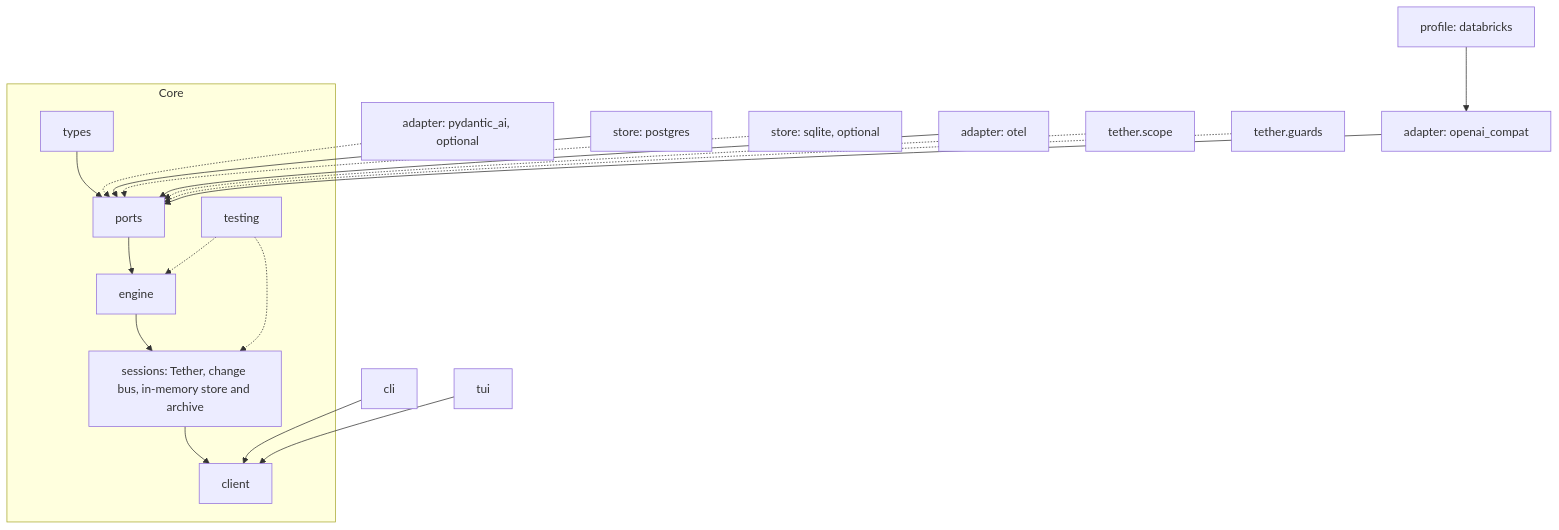
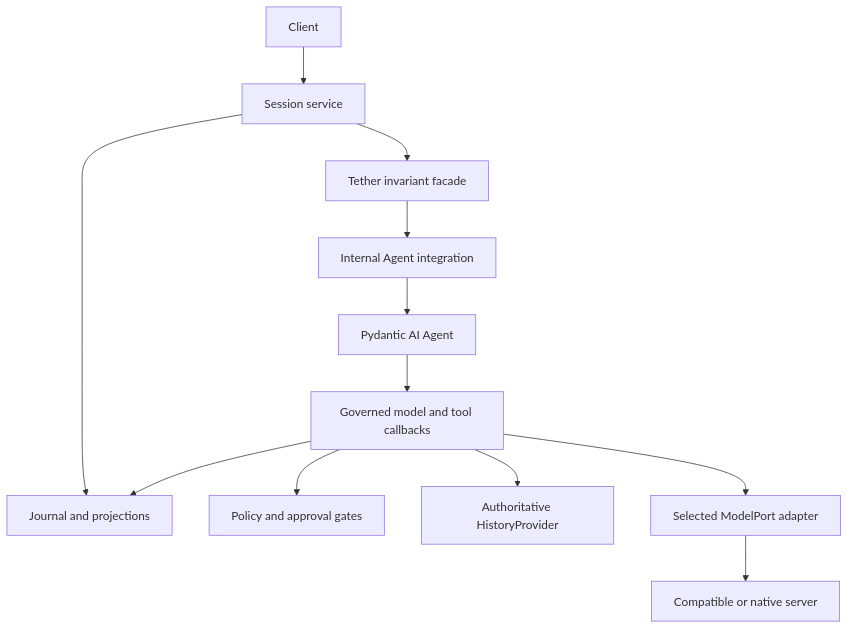
Before and after one commit to DocumentDrivenDX/tether: the second of 3 diagrams in docs/helix/02-design/architecture.md, drawn with Mermaid. The commit also changed other lines of this file and 121 other files, not shown here.

First line of the commit message:
feat: establish gated Pydantic AI Agent foundation

````diff
--- a/docs/helix/02-design/architecture.md
+++ b/docs/helix/02-design/architecture.md
@@ -101,21 +111,14 @@
 ```mermaid
-graph TB
-    subgraph Core
-      Types[types] --> Ports[ports]
-      Ports --> Engine[engine]
-      Engine --> Sessions[sessions: Tether, change bus, in-memory store and archive]
-      Sessions --> Client[client]
-      Testing[testing] -.-> Engine
-      Testing -.-> Sessions
-    end
-    Compat[adapter: openai_compat] --> Ports
-    Dbx[profile: databricks] --> Compat
-    Pai[adapter: pydantic_ai, optional] -.-> Ports
-    Pg[store: postgres] --> Ports
-    Sqlite[store: sqlite, optional] -.-> Ports
-    Otel[adapter: otel] --> Ports
-    Scope[tether.scope] -.-> Ports
-    Guards[tether.guards] -.-> Ports
-    Cli[cli] --> Client
-    Tui[tui] --> Client
+graph TD
+    Client[Client] --> Sessions[Session service]
+    Sessions --> Engine[Tether invariant facade]
+    Sessions --> Journal[Journal and projections]
+    Engine --> Runtime[Internal Agent integration]
+    Runtime --> Agent[Pydantic AI Agent]
+    Agent --> Bridge[Governed model and tool callbacks]
+    Bridge --> Policy[Policy and approval gates]
+    Bridge --> Journal
+    Bridge --> History[Authoritative HistoryProvider]
+    Bridge --> Model[Selected ModelPort adapter]
+    Model --> Server[Compatible or native server]
 ```
````
